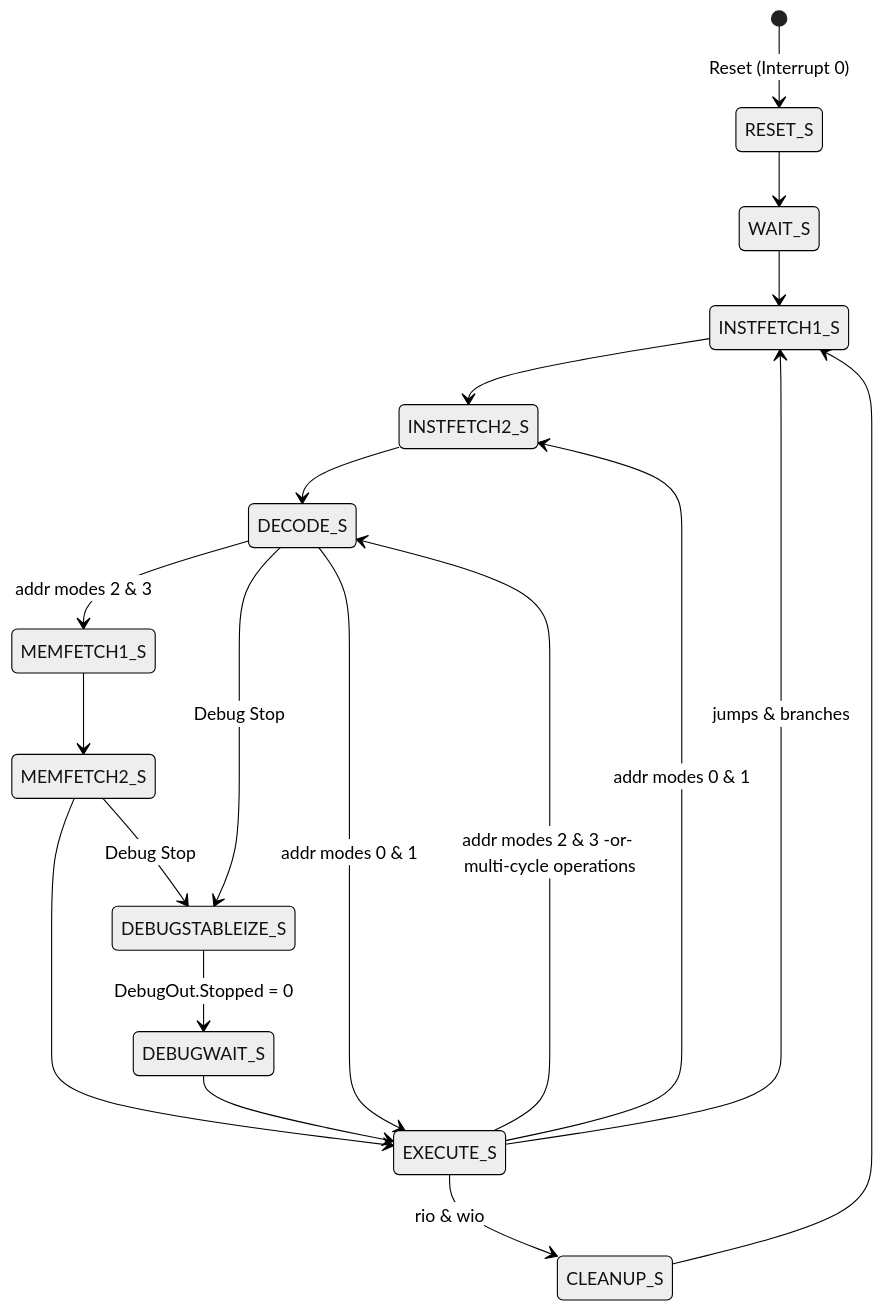
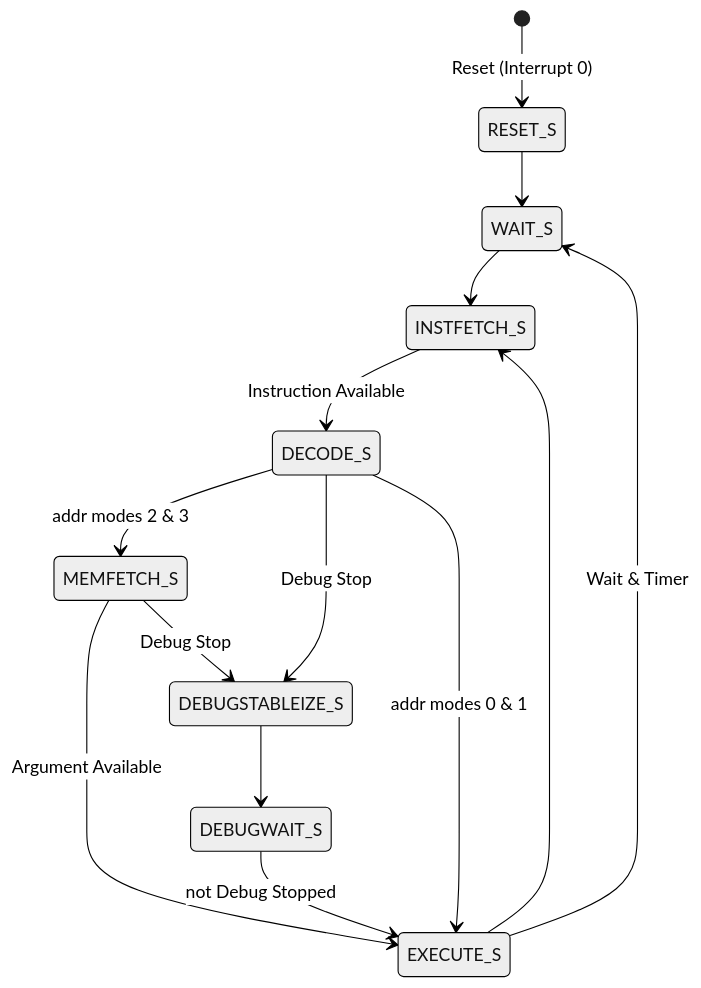
One commit to cas-mls/cpu2 changed the second of 8 diagrams in Readme.md. Above: the diagram before and after it, drawn with Mermaid (neutral theme). The commit also changed other lines of this file and 4 other files, not shown here.

````diff
--- a/Readme.md
+++ b/Readme.md
@@ -258,24 +318,19 @@
 ```mermaid
 stateDiagram
     [*] --> RESET_S : Reset (Interrupt 0)
     RESET_S --> WAIT_S
-    INSTFETCH1_S --> INSTFETCH2_S
-    INSTFETCH2_S --> DECODE_S
-    DECODE_S --> MEMFETCH1_S : addr modes 2 & 3
-    MEMFETCH1_S --> MEMFETCH2_S
-    MEMFETCH2_S --> EXECUTE_S
-    MEMFETCH2_S --> DEBUGSTABLEIZE_S : Debug Stop
+    INSTFETCH_S --> DECODE_S : Instruction Available
+    DECODE_S --> MEMFETCH_S : addr modes 2 & 3
+    MEMFETCH_S --> EXECUTE_S : Argument Available
+    MEMFETCH_S --> DEBUGSTABLEIZE_S : Debug Stop
     DECODE_S --> DEBUGSTABLEIZE_S : Debug Stop
     DECODE_S --> EXECUTE_S : addr modes 0 & 1
-    EXECUTE_S --> INSTFETCH1_S : jumps & branches
-    EXECUTE_S --> CLEANUP_S : rio & wio
-    EXECUTE_S --> DECODE_S : addr modes 2 & 3 -or- multi-cycle operations
-    EXECUTE_S --> INSTFETCH2_S : addr modes 0 & 1
-    CLEANUP_S --> INSTFETCH1_S
+    EXECUTE_S --> INSTFETCH_S
+    EXECUTE_S --> WAIT_S : Wait & Timer
     %%WAIT_S --> WAIT_S
-    WAIT_S --> INSTFETCH1_S
+    WAIT_S --> INSTFETCH_S
     
     
-    DEBUGSTABLEIZE_S --> DEBUGWAIT_S : DebugOut.Stopped = 0
-    DEBUGWAIT_S --> EXECUTE_S
+    DEBUGSTABLEIZE_S --> DEBUGWAIT_S
+    DEBUGWAIT_S --> EXECUTE_S : not Debug Stopped
 ```
````
